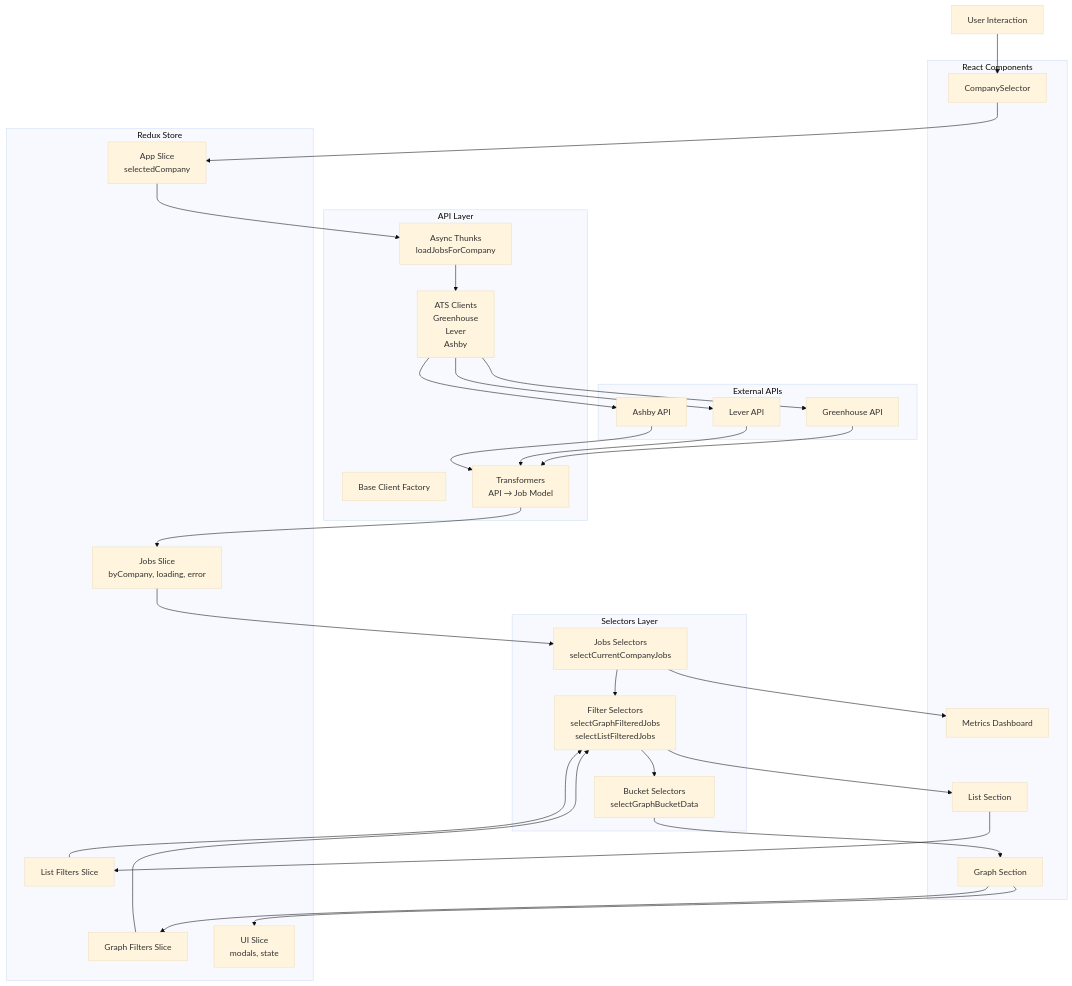
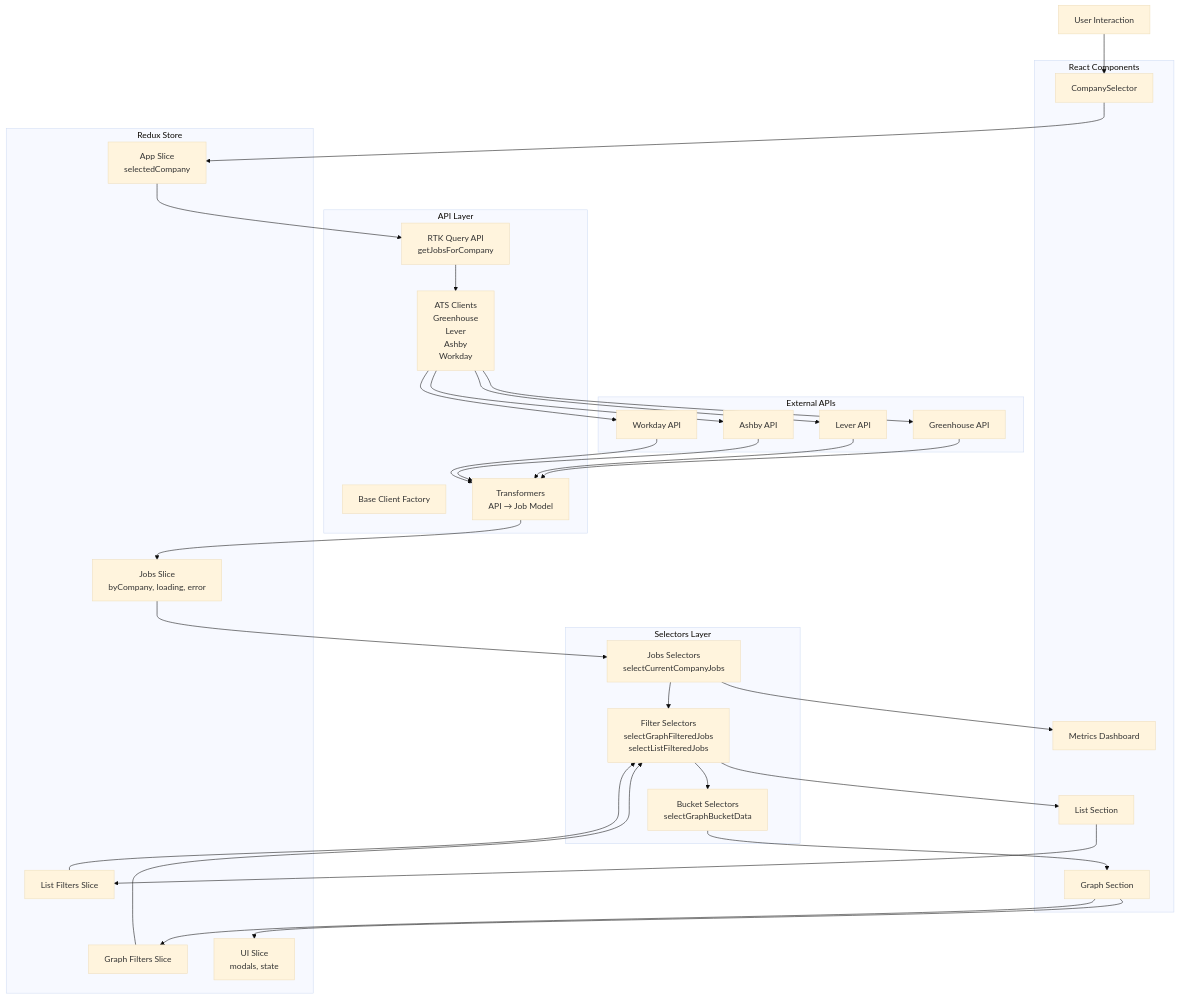
The first of 8 diagrams in docs/architecture.md (brendanpotter00/Job-Visualizer-Notifier), drawn with Mermaid (base theme) before and after one commit. The commit also changed other lines of this file and 1 other file, not shown here.

````diff
--- a/docs/architecture.md
+++ b/docs/architecture.md
@@ -19,64 +19,67 @@
 ```mermaid
 graph TB
     User[User Interaction]
 
     subgraph "React Components"
         CompSelector[CompanySelector]
         GraphSection[Graph Section]
         ListSection[List Section]
         MetricsDash[Metrics Dashboard]
     end
 
     subgraph "Redux Store"
         AppSlice[App Slice<br/>selectedCompany]
         JobsSlice[Jobs Slice<br/>byCompany, loading, error]
         GraphFilters[Graph Filters Slice]
         ListFilters[List Filters Slice]
         UISlice[UI Slice<br/>modals, state]
     end
 
     subgraph "Selectors Layer"
         JobsSelectors[Jobs Selectors<br/>selectCurrentCompanyJobs]
         FilterSelectors[Filter Selectors<br/>selectGraphFilteredJobs<br/>selectListFilteredJobs]
         BucketSelectors[Bucket Selectors<br/>selectGraphBucketData]
     end
 
     subgraph "API Layer"
-        Thunks[Async Thunks<br/>loadJobsForCompany]
+        RTKQuery[RTK Query API<br/>getJobsForCompany]
         BaseClient[Base Client Factory]
-        Clients[ATS Clients<br/>Greenhouse<br/>Lever<br/>Ashby]
+        Clients[ATS Clients<br/>Greenhouse<br/>Lever<br/>Ashby<br/>Workday]
         Transformers[Transformers<br/>API → Job Model]
     end
 
     subgraph "External APIs"
         GreenhouseAPI[Greenhouse API]
         LeverAPI[Lever API]
         AshbyAPI[Ashby API]
+        WorkdayAPI[Workday API]
     end
 
     User --> CompSelector
     CompSelector --> AppSlice
-    AppSlice --> Thunks
-    Thunks --> Clients
+    AppSlice --> RTKQuery
+    RTKQuery --> Clients
     Clients --> GreenhouseAPI
     Clients --> LeverAPI
     Clients --> AshbyAPI
+    Clients --> WorkdayAPI
     GreenhouseAPI --> Transformers
     LeverAPI --> Transformers
     AshbyAPI --> Transformers
+    WorkdayAPI --> Transformers
     Transformers --> JobsSlice
 
     JobsSlice --> JobsSelectors
     GraphFilters --> FilterSelectors
     ListFilters --> FilterSelectors
     JobsSelectors --> FilterSelectors
     FilterSelectors --> BucketSelectors
 
     BucketSelectors --> GraphSection
     FilterSelectors --> ListSection
     JobsSelectors --> MetricsDash
 
     GraphSection --> GraphFilters
     ListSection --> ListFilters
     GraphSection --> UISlice
 ```
````
